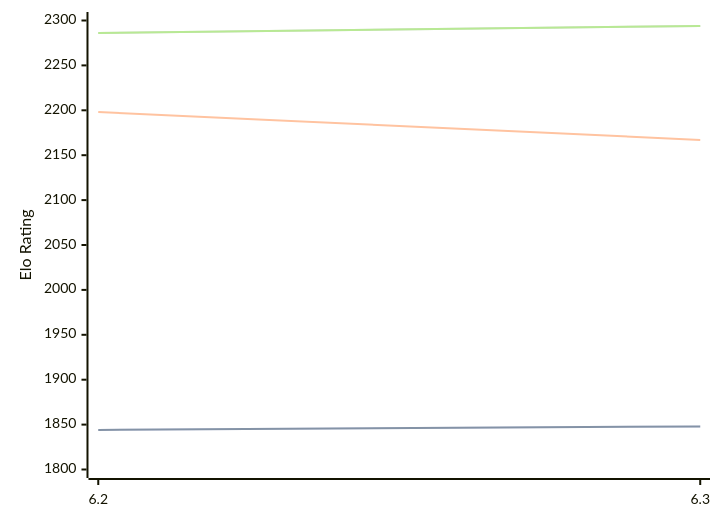
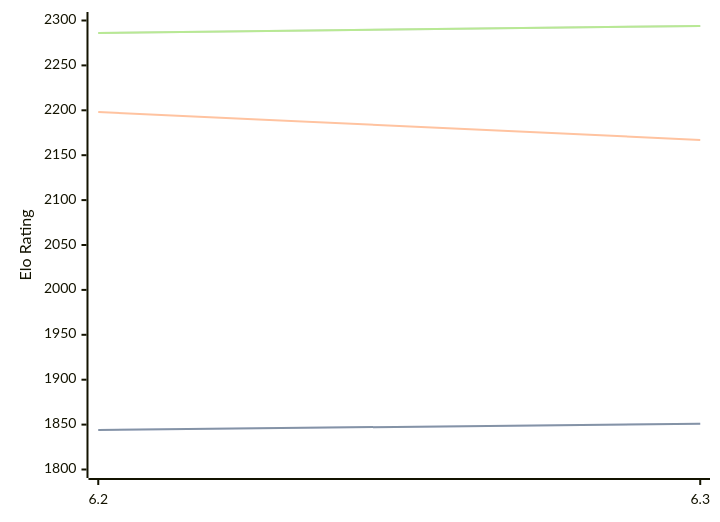
Before and after one commit to computer-chess-index/cci: the diagram in engines/chess4j.md, drawn with Mermaid. The commit also changed other lines of this file, not shown here.

````diff
--- a/engines/chess4j.md
+++ b/engines/chess4j.md
@@ -32,11 +32,11 @@
 ```mermaid
 %%{init: {"theme":"base","themeVariables":{"seriesColors:['#a3a3a3','#222221','#faa371']}}}%%
 xychart-beta
   x-axis ["6.2", "6.3"]
   y-axis "Elo Rating" 1800 --> 2300
-  line "STC (8.0+0.08s)" [1844, 1848]
-  line "STC (8.0+0.08s)" [1844, 1848]
+  line "STC (8.0+0.08s)" [1844, 1851]
+  line "STC (8.0+0.08s)" [1844, 1851]
   line "LTC (60.0+0.60s)" [2198, 2167]
   line "VLTC (2m24s+1.12s)" [2286, 2294]
   line "VLTC (2m24s+1.12s)" [2286, 2294]
 ```
````
